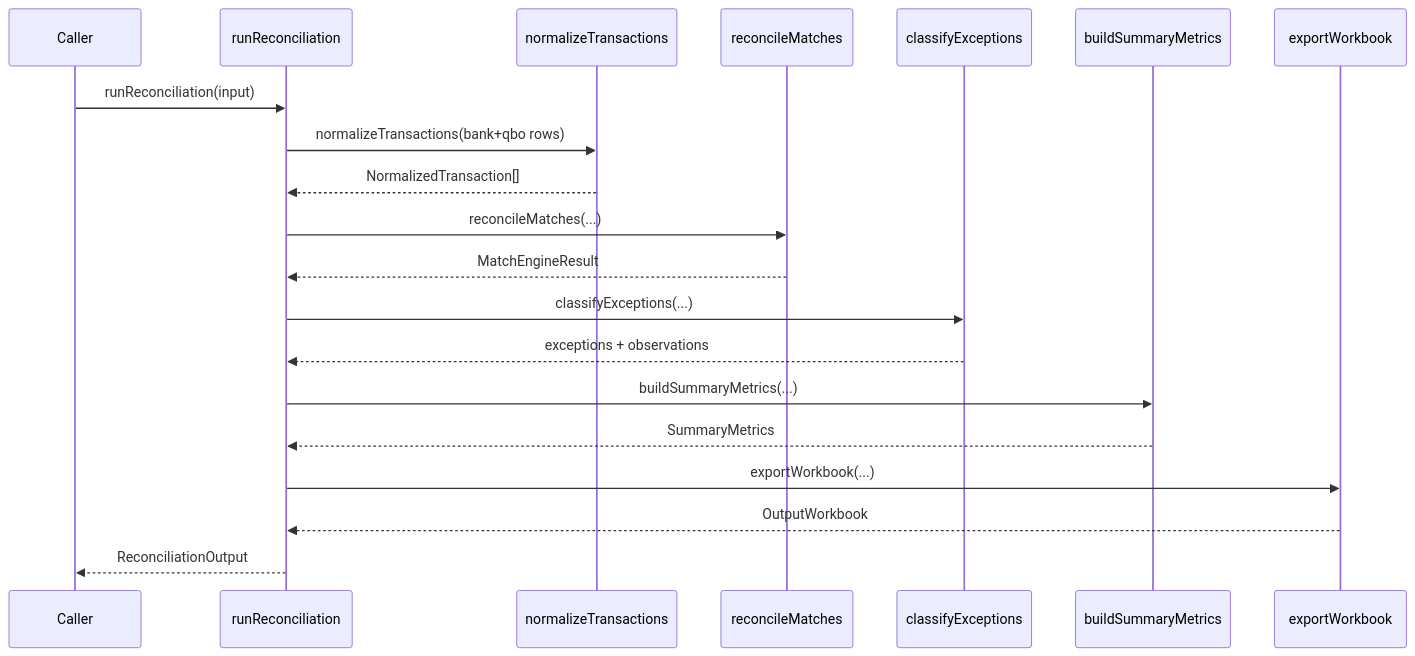
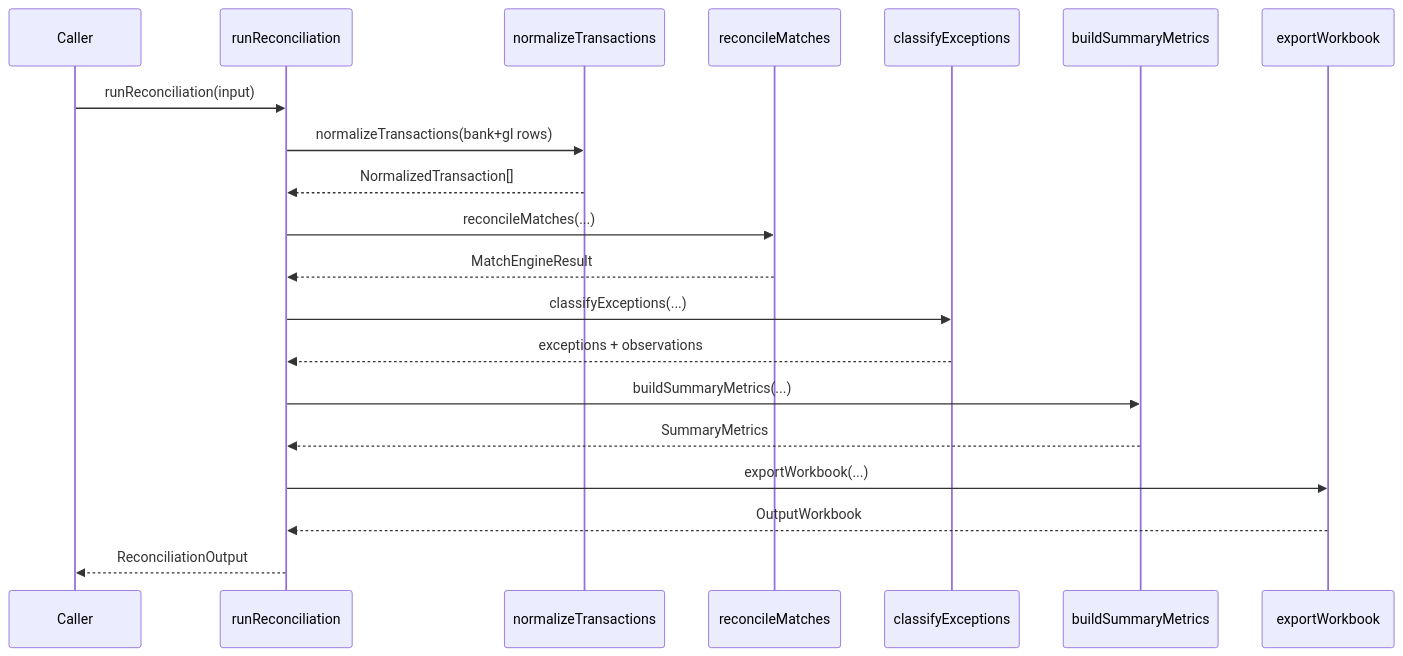
One commit to RussRayHome/reconciliation-platform changed diagram 19 of 20 in docs/class-method-reference.md. Above: the diagram before and after it, drawn with Mermaid. The commit also changed other lines of this file and 16 other files, not shown here.

````diff
--- a/docs/class-method-reference.md
+++ b/docs/class-method-reference.md
@@ -1057,22 +1057,22 @@
 ```mermaid
 sequenceDiagram
   participant Caller
   participant Run as runReconciliation
   participant Normalize as normalizeTransactions
   participant Match as reconcileMatches
   participant Ex as classifyExceptions
   participant Sum as buildSummaryMetrics
   participant Export as exportWorkbook
   Caller->>Run: runReconciliation(input)
-  Run->>Normalize: normalizeTransactions(bank+qbo rows)
+  Run->>Normalize: normalizeTransactions(bank+gl rows)
   Normalize-->>Run: NormalizedTransaction[]
   Run->>Match: reconcileMatches(...)
   Match-->>Run: MatchEngineResult
   Run->>Ex: classifyExceptions(...)
   Ex-->>Run: exceptions + observations
   Run->>Sum: buildSummaryMetrics(...)
   Sum-->>Run: SummaryMetrics
   Run->>Export: exportWorkbook(...)
   Export-->>Run: OutputWorkbook
   Run-->>Caller: ReconciliationOutput
 ```
````
